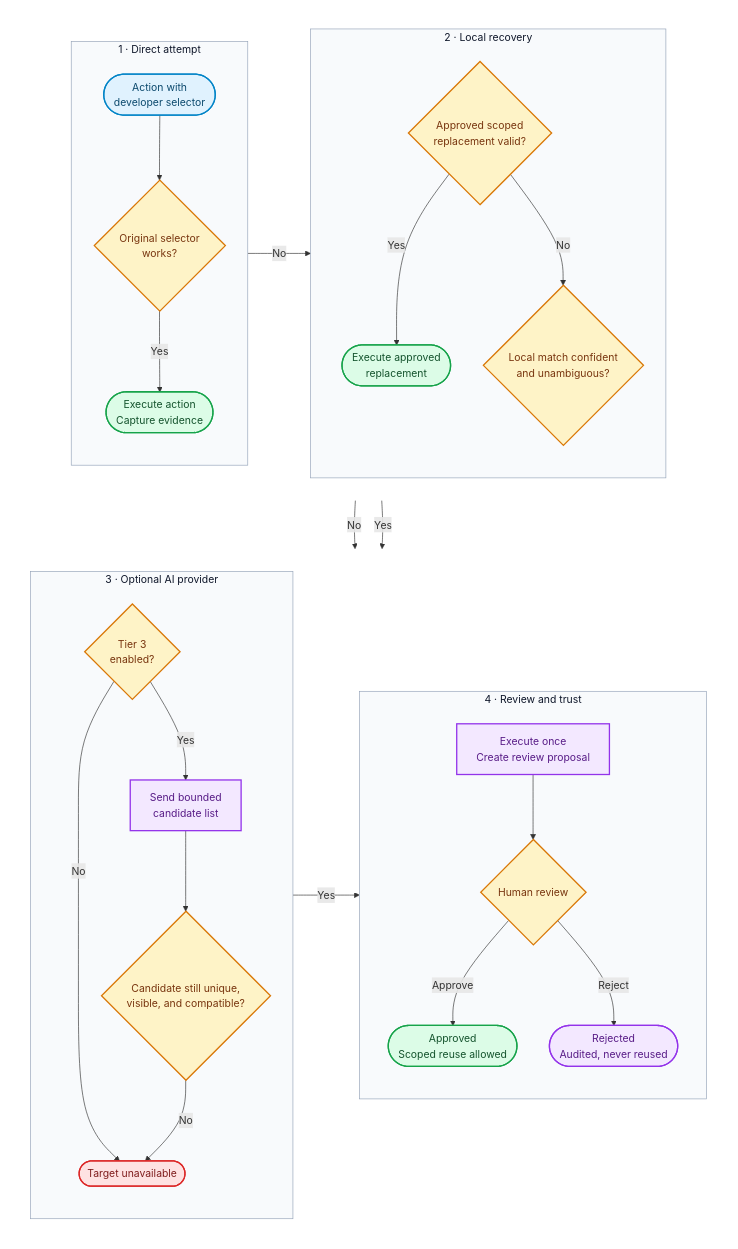
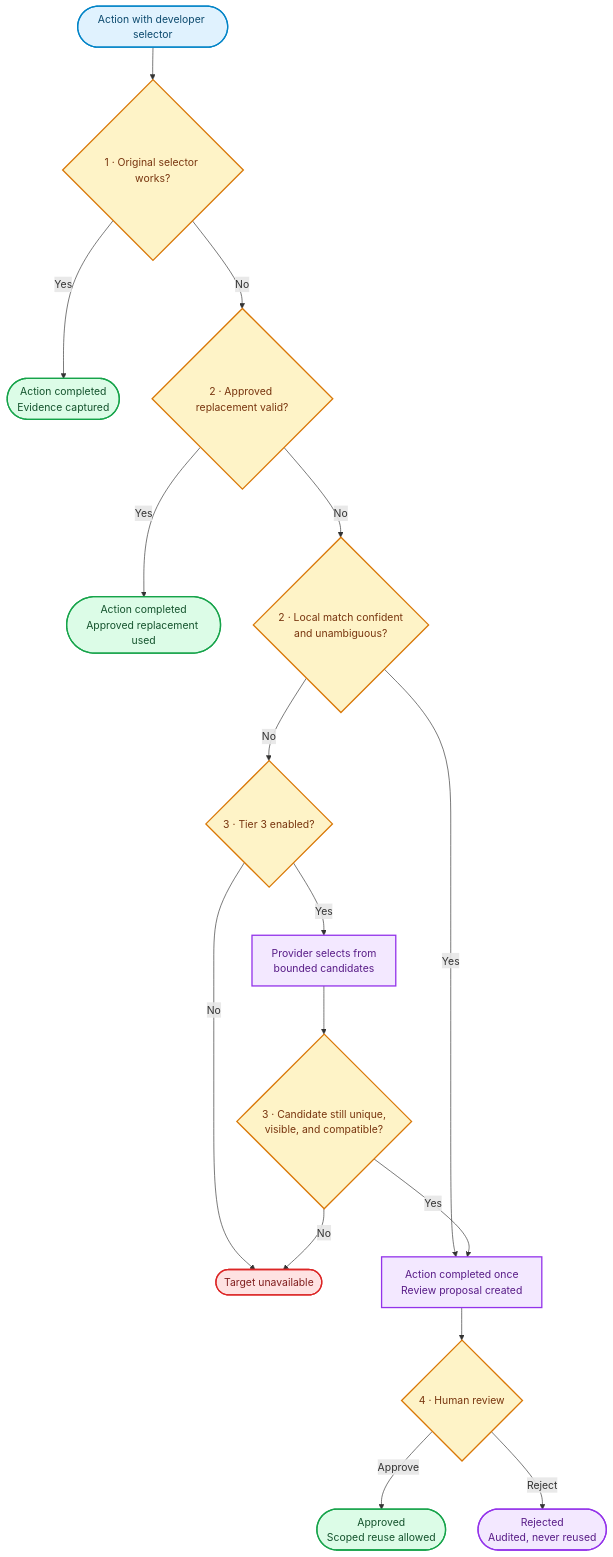
The second of 2 diagrams in docs/ARCHITECTURE.md (eddieir/Falcon-Automation), drawn with Mermaid before and after one commit.

Commit message:
docs: simplify locator recovery diagram layout

````diff
--- a/docs/ARCHITECTURE.md
+++ b/docs/ARCHITECTURE.md
@@ -64,75 +64,48 @@
 ```mermaid
 flowchart TB
-    subgraph TopRow[" "]
-        direction LR
+    Start(["Action with developer selector"])
+    Retry{"1 · Original selector works?"}
+    DirectOK(["Action completed<br/>Evidence captured"])
 
-        subgraph Direct["1 · Direct attempt"]
-            direction TB
-            Start(["Action with<br/>developer selector"])
-            Retry{"Original selector<br/>works?"}
-            Execute(["Execute action<br/>Capture evidence"])
-            Start --> Retry
-            Retry -- "Yes" --> Execute
-        end
+    Approved{"2 · Approved replacement valid?"}
+    ApprovedOK(["Action completed<br/>Approved replacement used"])
+    Match{"2 · Local match confident<br/>and unambiguous?"}
 
-        subgraph Local["2 · Local recovery"]
-            direction TB
-            Approved{"Approved scoped<br/>replacement valid?"}
-            Replay(["Execute approved<br/>replacement"])
-            Match{"Local match confident<br/>and unambiguous?"}
-            Approved -- "Yes" --> Replay
-            Approved -- "No" --> Match
-        end
-    end
+    Enabled{"3 · Tier 3 enabled?"}
+    Request["Provider selects from<br/>bounded candidates"]
+    Verify{"3 · Candidate still unique,<br/>visible, and compatible?"}
+    Failed(["Target unavailable"])
 
-    subgraph BottomRow[" "]
-        direction LR
+    Proposal["Action completed once<br/>Review proposal created"]
+    Decision{"4 · Human review"}
+    Trusted(["Approved<br/>Scoped reuse allowed"])
+    Rejected(["Rejected<br/>Audited, never reused"])
 
-        subgraph Provider["3 · Optional AI provider"]
-            direction TB
-            Enabled{"Tier 3<br/>enabled?"}
-            Request["Send bounded<br/>candidate list"]
-            Verify{"Candidate still unique,<br/>visible, and compatible?"}
-            Failed(["Target unavailable"])
-            Enabled -- "Yes" --> Request
-            Enabled -- "No" --> Failed
-            Request --> Verify
-            Verify -- "No" --> Failed
-        end
-
-        subgraph Governance["4 · Review and trust"]
-            direction TB
-            Proposal["Execute once<br/>Create review proposal"]
-            Decision{"Human review"}
-            Trusted(["Approved<br/>Scoped reuse allowed"])
-            Rejected(["Rejected<br/>Audited, never reused"])
-            Proposal --> Decision
-            Decision -- "Approve" --> Trusted
-            Decision -- "Reject" --> Rejected
-        end
-    end
-
+    Start --> Retry
+    Retry -- "Yes" --> DirectOK
     Retry -- "No" --> Approved
+    Approved -- "Yes" --> ApprovedOK
+    Approved -- "No" --> Match
+    Match -- "Yes" --> Proposal
     Match -- "No" --> Enabled
-    Match -- "Yes" --> Proposal
+    Enabled -- "No" --> Failed
+    Enabled -- "Yes" --> Request
+    Request --> Verify
+    Verify -- "No" --> Failed
     Verify -- "Yes" --> Proposal
+    Proposal --> Decision
+    Decision -- "Approve" --> Trusted
+    Decision -- "Reject" --> Rejected
 
     classDef entry fill:#e0f2fe,stroke:#0284c7,color:#0c4a6e,stroke-width:2px
     classDef decision fill:#fef3c7,stroke:#d97706,color:#78350f,stroke-width:2px
     classDef success fill:#dcfce7,stroke:#16a34a,color:#14532d,stroke-width:2px
     classDef review fill:#f3e8ff,stroke:#9333ea,color:#581c87,stroke-width:2px
     classDef failure fill:#fee2e2,stroke:#dc2626,color:#7f1d1d,stroke-width:2px
 
     class Start entry
     class Retry,Approved,Match,Enabled,Verify,Decision decision
-    class Execute,Replay,Trusted success
+    class DirectOK,ApprovedOK,Trusted success
     class Request,Proposal,Rejected review
     class Failed failure
-
-    style TopRow fill:transparent,stroke:transparent
-    style BottomRow fill:transparent,stroke:transparent
-    style Direct fill:#f8fafc,stroke:#94a3b8,color:#0f172a
-    style Local fill:#f8fafc,stroke:#94a3b8,color:#0f172a
-    style Provider fill:#f8fafc,stroke:#94a3b8,color:#0f172a
-    style Governance fill:#f8fafc,stroke:#94a3b8,color:#0f172a
 ```
````
